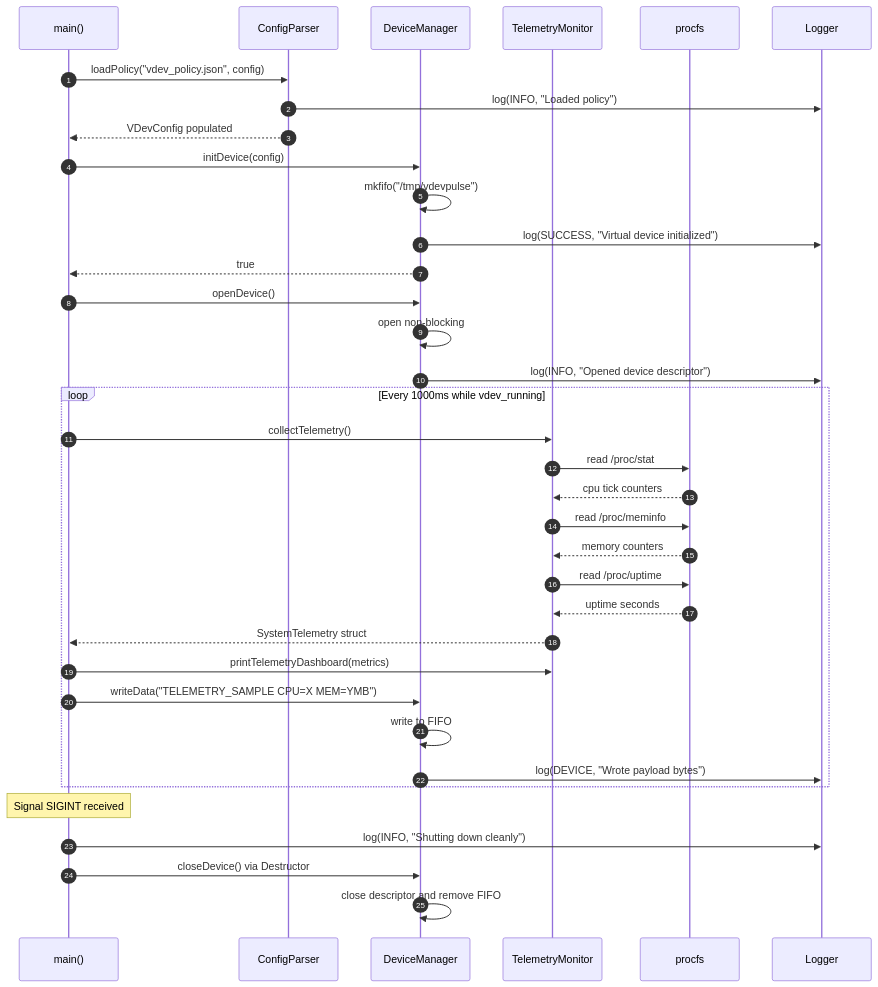
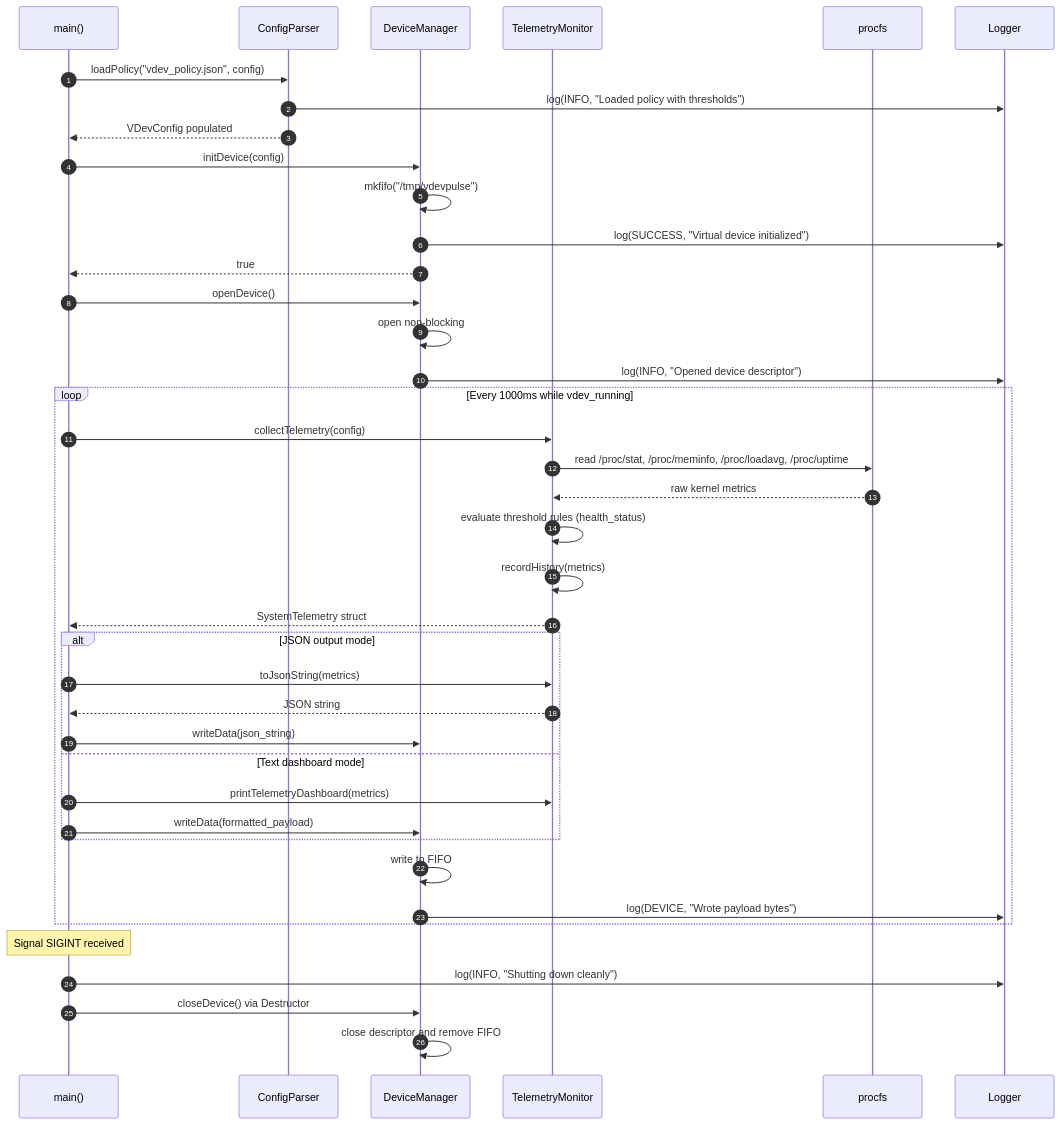
The second of 3 diagrams in Wipro Individual Project/vdevpulse/docs/stage3_architecture.md (priyansudas07/Wipro-Embedded-Training), drawn with Mermaid before and after one commit. The commit also changed other lines of this file and 5 other files, not shown here.

````diff
--- a/Wipro Individual Project/vdevpulse/docs/stage3_architecture.md
+++ b/Wipro Individual Project/vdevpulse/docs/stage3_architecture.md
@@ -179,44 +197,48 @@
 ```mermaid
 sequenceDiagram
     autonumber
     participant Main as main()
     participant CFG as ConfigParser
     participant DEV as DeviceManager
     participant TEL as TelemetryMonitor
     participant PROC as procfs
     participant LOG as Logger
 
     Main->>CFG: loadPolicy("vdev_policy.json", config)
-    CFG->>LOG: log(INFO, "Loaded policy")
+    CFG->>LOG: log(INFO, "Loaded policy with thresholds")
     CFG-->>Main: VDevConfig populated
 
     Main->>DEV: initDevice(config)
     DEV->>DEV: mkfifo("/tmp/vdevpulse")
     DEV->>LOG: log(SUCCESS, "Virtual device initialized")
     DEV-->>Main: true
 
     Main->>DEV: openDevice()
     DEV->>DEV: open non-blocking
     DEV->>LOG: log(INFO, "Opened device descriptor")
 
     loop Every 1000ms while vdev_running
-        Main->>TEL: collectTelemetry()
-        TEL->>PROC: read /proc/stat
-        PROC-->>TEL: cpu tick counters
-        TEL->>PROC: read /proc/meminfo
-        PROC-->>TEL: memory counters
-        TEL->>PROC: read /proc/uptime
-        PROC-->>TEL: uptime seconds
+        Main->>TEL: collectTelemetry(config)
+        TEL->>PROC: read /proc/stat, /proc/meminfo, /proc/loadavg, /proc/uptime
+        PROC-->>TEL: raw kernel metrics
+        TEL->>TEL: evaluate threshold rules (health_status)
+        TEL->>TEL: recordHistory(metrics)
         TEL-->>Main: SystemTelemetry struct
 
-        Main->>TEL: printTelemetryDashboard(metrics)
-        Main->>DEV: writeData("TELEMETRY_SAMPLE CPU=X MEM=YMB")
+        alt JSON output mode
+            Main->>TEL: toJsonString(metrics)
+            TEL-->>Main: JSON string
+            Main->>DEV: writeData(json_string)
+        else Text dashboard mode
+            Main->>TEL: printTelemetryDashboard(metrics)
+            Main->>DEV: writeData(formatted_payload)
+        end
         DEV->>DEV: write to FIFO
         DEV->>LOG: log(DEVICE, "Wrote payload bytes")
     end
 
     Note over Main: Signal SIGINT received
     Main->>LOG: log(INFO, "Shutting down cleanly")
     Main->>DEV: closeDevice() via Destructor
     DEV->>DEV: close descriptor and remove FIFO
 ```
````
